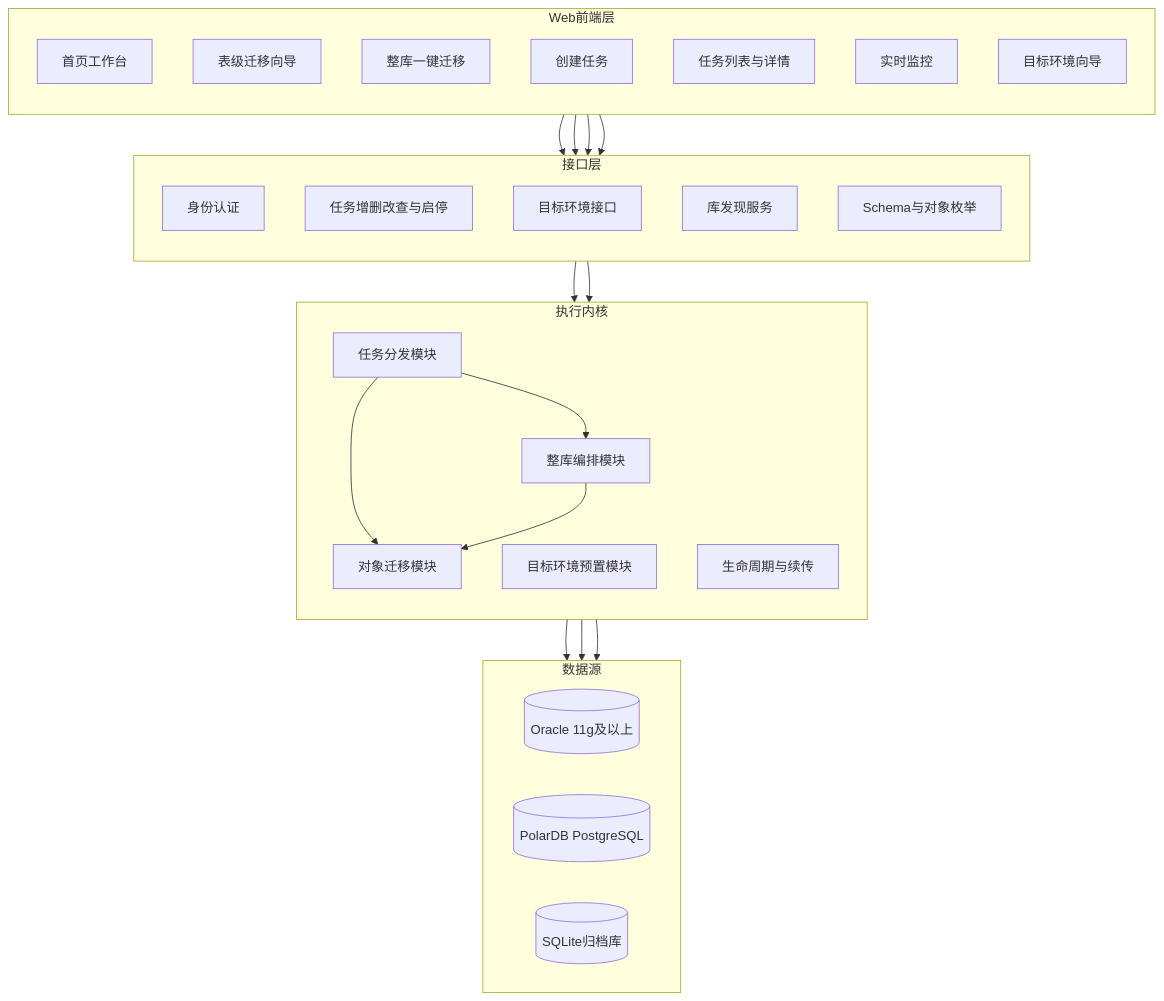
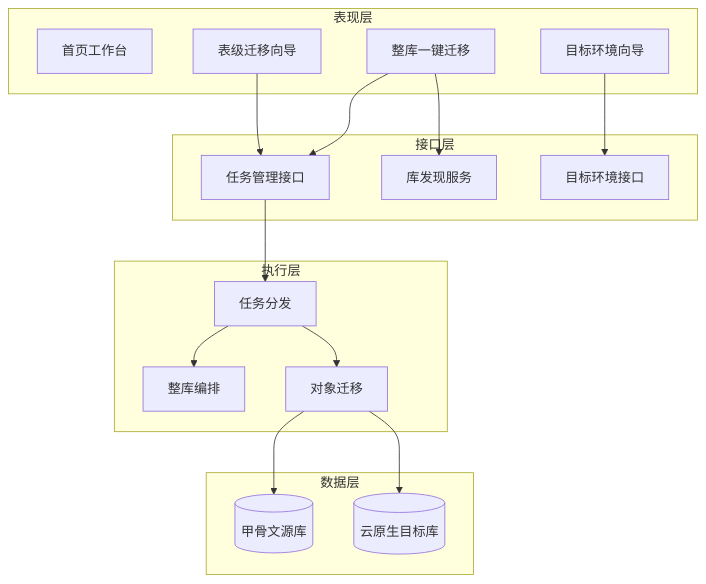
The fourth of 5 diagrams in README.md (hayratjan/oracle2polardb_pg), drawn with Mermaid before and after one commit. The commit also changed other lines of this file and 1 other file, not shown here.

First line of the commit message:
fix: 修复 Mermaid 10.9.3 语法并中文化图表与 Logo 布局

````diff
--- a/README.md
+++ b/README.md
@@ -443,51 +438,32 @@
 ```mermaid
 flowchart TB
-  subgraph FE [Web前端层]
-    direction TB
+  subgraph fe ["表现层"]
     Home["首页工作台"]
     TableWiz["表级迁移向导"]
     FullDB["整库一键迁移"]
-    Create["创建任务"]
-    Tasks["任务列表与详情"]
-    Monitor["实时监控"]
     TargetWiz["目标环境向导"]
   end
-
-  subgraph API [接口层]
-    direction TB
-    Auth["身份认证"]
-    TaskAPI["任务增删改查与启停"]
+  subgraph iface ["接口层"]
+    TaskAPI["任务管理接口"]
     DDL["目标环境接口"]
     Discovery["库发现服务"]
-    Meta["Schema与对象枚举"]
   end
-
-  subgraph Core [执行内核]
-    direction TB
-    Runner["任务分发模块"]
-    Provision["目标环境预置模块"]
-    FullOrch["整库编排模块"]
-    Migrate["对象迁移模块"]
-    Lifecycle["生命周期与续传"]
+  subgraph core ["执行层"]
+    Runner["任务分发"]
+    FullOrch["整库编排"]
+    Migrate["对象迁移"]
   end
-
-  subgraph Data [数据源]
-    direction LR
-    Oracle[("Oracle 11g及以上")]
-    PolarDB[("PolarDB PostgreSQL")]
-    SQLite[("SQLite归档库")]
+  subgraph datalayer ["数据层"]
+    SrcDB[(甲骨文源库)]
+    TgtDB[(云原生目标库)]
   end
-
   TableWiz --> TaskAPI
   FullDB --> TaskAPI
   TargetWiz --> DDL
   FullDB --> Discovery
   TaskAPI --> Runner
-  DDL --> Provision
   Runner --> FullOrch
   Runner --> Migrate
-  FullOrch --> Migrate
-  Migrate --> Oracle
-  Migrate --> PolarDB
-  Migrate --> SQLite
+  Migrate --> SrcDB
+  Migrate --> TgtDB
 ```
````
